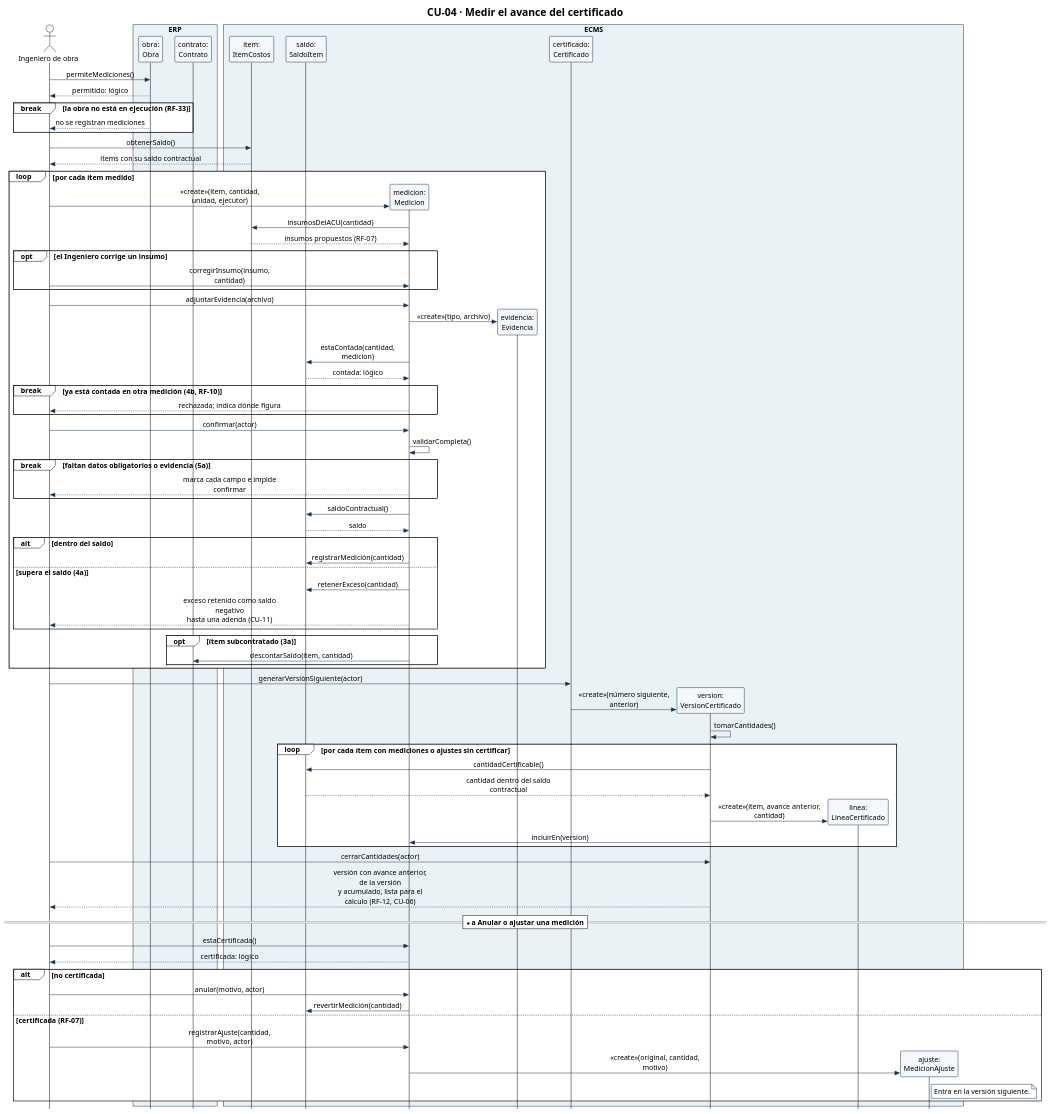
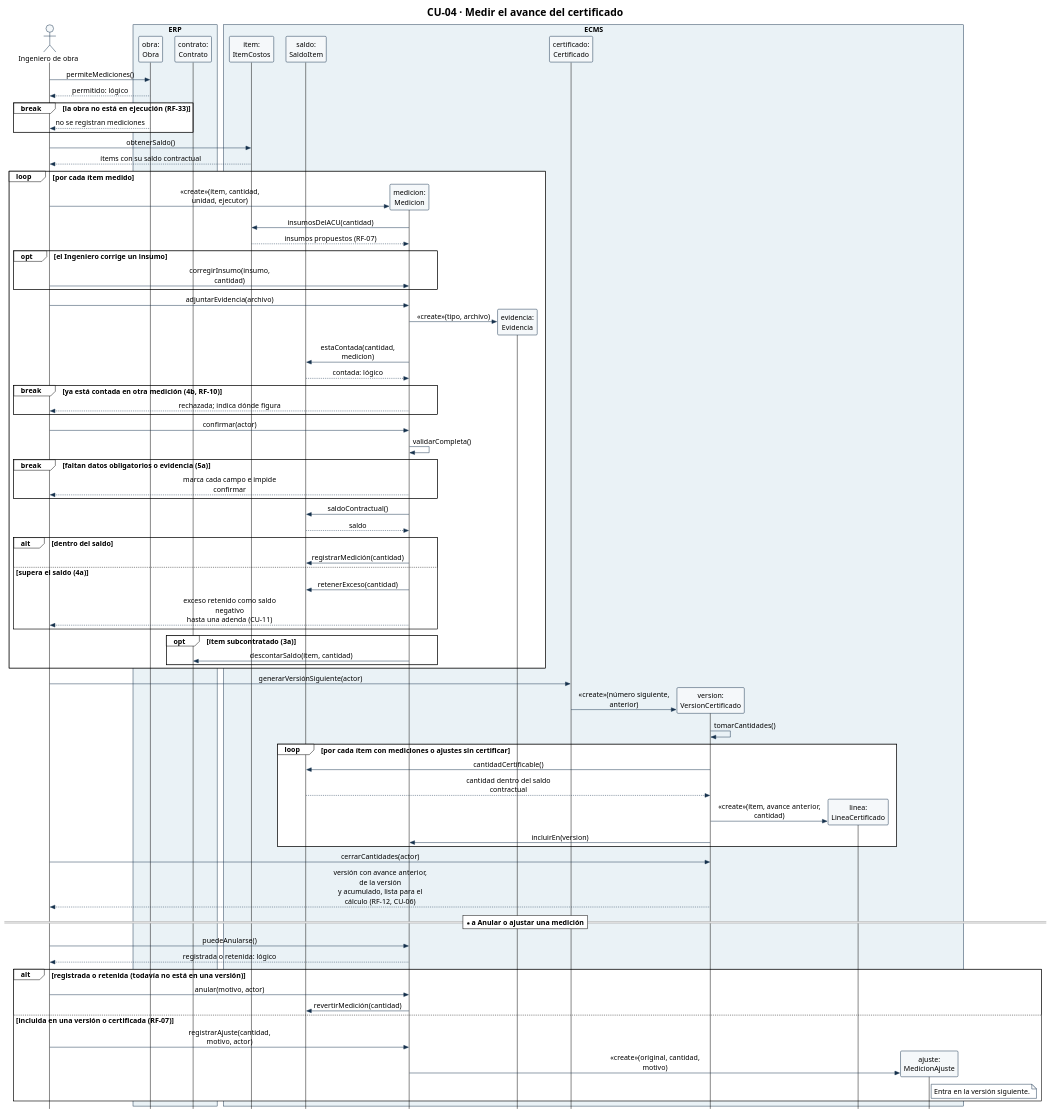
One commit to Ssrrb/tpf-uca changed the diagram in diagramas/CU-04-secuencia.puml. Above: the diagram before and after it, drawn with PlantUML. The commit also changed 4 other files, not shown here.

```diff
--- a/diagramas/CU-04-secuencia.puml
+++ b/diagramas/CU-04-secuencia.puml
@@ -1,109 +1,109 @@
 @startuml
 !theme plain
 skinparam style strictuml
 skinparam shadowing false
 skinparam defaultFontName Arial
 skinparam defaultFontSize 15
 skinparam sequenceMessageAlign center
 skinparam maxMessageSize 220
 skinparam ParticipantPadding 8
 skinparam BoxPadding 6
 skinparam ParticipantBackgroundColor #F5F8FA
 skinparam ParticipantBorderColor #17324D
 skinparam ActorBorderColor #17324D
 skinparam ActorBackgroundColor #F5F8FA
 skinparam ArrowColor #17324D
 skinparam SequenceBoxBorderColor #17324D
 skinparam note {
   BackgroundColor #FFFFFF
   BorderColor #17324D
 }
 hide footbox
 title CU-04 · Medir el avance del certificado
 actor "Ingeniero de obra" as Ing
 box "ERP" #EAF2F6
 participant "obra:\nObra" as Obra
 participant "contrato:\nContrato" as Con
 end box
 box "ECMS" #EAF2F6
 participant "item:\nItemCostos" as Item
 participant "saldo:\nSaldoItem" as Saldo
 participant "medicion:\nMedicion" as Med
 participant "evidencia:\nEvidencia" as Evi
 participant "certificado:\nCertificado" as Cert
 participant "version:\nVersionCertificado" as V
 participant "linea:\nLineaCertificado" as Lin
 participant "ajuste:\nMedicionAjuste" as Aj
 end box
 
 Ing -> Obra: permiteMediciones()
 Obra --> Ing: permitido: lógico
 break la obra no está en ejecución (RF-33)
   Obra --> Ing: no se registran mediciones
 end
 Ing -> Item: obtenerSaldo()
 Item --> Ing: ítems con su saldo contractual
 
 loop por cada ítem medido
   create Med
   Ing -> Med: «create»(ítem, cantidad, unidad, ejecutor)
   Med -> Item: insumosDelACU(cantidad)
   Item --> Med: insumos propuestos (RF-07)
   opt el Ingeniero corrige un insumo
     Ing -> Med: corregirInsumo(insumo, cantidad)
   end
   Ing -> Med: adjuntarEvidencia(archivo)
   create Evi
   Med -> Evi: «create»(tipo, archivo)
   Med -> Saldo: estaContada(cantidad, medicion)
   Saldo --> Med: contada: lógico
   break ya está contada en otra medición (4b, RF-10)
     Med --> Ing: rechazada; indica dónde figura
   end
   Ing -> Med: confirmar(actor)
   Med -> Med: validarCompleta()
   break faltan datos obligatorios o evidencia (5a)
     Med --> Ing: marca cada campo e impide confirmar
   end
   Med -> Saldo: saldoContractual()
   Saldo --> Med: saldo
   alt dentro del saldo
     Med -> Saldo: registrarMedición(cantidad)
   else supera el saldo (4a)
     Med -> Saldo: retenerExceso(cantidad)
     Med --> Ing: exceso retenido como saldo negativo\nhasta una adenda (CU-11)
   end
   opt ítem subcontratado (3a)
     Med -> Con: descontarSaldo(ítem, cantidad)
   end
 end
 
 Ing -> Cert: generarVersiónSiguiente(actor)
 create V
 Cert -> V: «create»(número siguiente, anterior)
 V -> V: tomarCantidades()
 loop por cada ítem con mediciones o ajustes sin certificar
   V -> Saldo: cantidadCertificable()
   Saldo --> V: cantidad dentro del saldo contractual
   create Lin
   V -> Lin: «create»(ítem, avance anterior, cantidad)
   V -> Med: incluirEn(version)
 end
 Ing -> V: cerrarCantidades(actor)
 V --> Ing: versión con avance anterior, de la versión\ny acumulado, lista para el cálculo (RF-12, CU-06)
 
 == *a Anular o ajustar una medición ==
-Ing -> Med: estaCertificada()
-Med --> Ing: certificada: lógico
-alt no certificada
+Ing -> Med: puedeAnularse()
+Med --> Ing: registrada o retenida: lógico
+alt registrada o retenida (todavía no está en una versión)
   Ing -> Med: anular(motivo, actor)
   Med -> Saldo: revertirMedición(cantidad)
-else certificada (RF-07)
+else incluida en una versión o certificada (RF-07)
   Ing -> Med: registrarAjuste(cantidad, motivo, actor)
   create Aj
   Med -> Aj: «create»(original, cantidad, motivo)
   note right of Aj
     Entra en la versión siguiente.
   end note
 end
 @enduml
```
